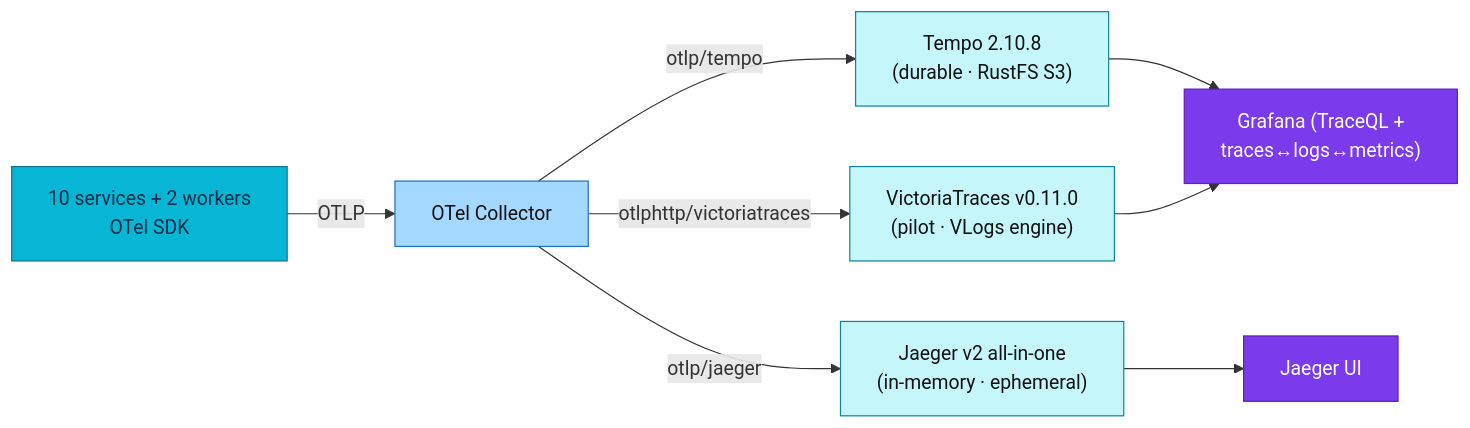
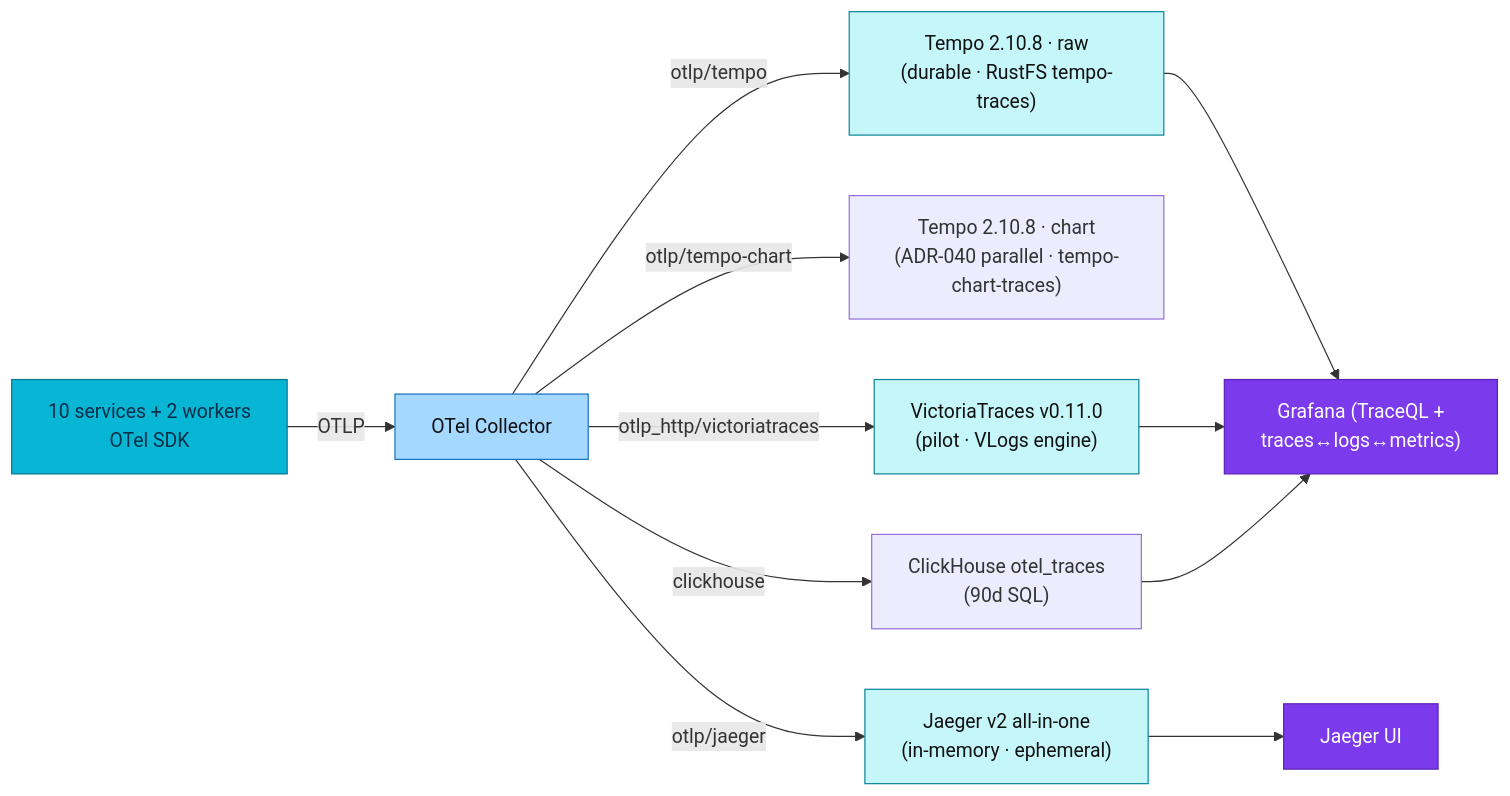
Before and after one commit to duynhlab/homelab: the diagram in docs/observability/tracing/backends-comparison.md, drawn with Mermaid. The commit also changed other lines of this file and 12 other files, not shown here.

````diff
--- a/docs/observability/tracing/backends-comparison.md
+++ b/docs/observability/tracing/backends-comparison.md
@@ -17,18 +21,21 @@
 ```mermaid
 flowchart LR
   Apps["10 services + 2 workers<br/>OTel SDK"] -->|OTLP| OC["OTel Collector"]
-  OC -->|otlp/tempo| T["Tempo 2.10.8<br/>(durable · RustFS S3)"]
+  OC -->|otlp/tempo| T["Tempo 2.10.8 · raw<br/>(durable · RustFS tempo-traces)"]
+  OC -->|otlp/tempo-chart| TC["Tempo 2.10.8 · chart<br/>(ADR-040 parallel · tempo-chart-traces)"]
   OC -->|otlp/jaeger| J["Jaeger v2 all-in-one<br/>(in-memory · ephemeral)"]
-  OC -->|otlphttp/victoriatraces| V["VictoriaTraces v0.11.0<br/>(pilot · VLogs engine)"]
+  OC -->|otlp_http/victoriatraces| V["VictoriaTraces v0.11.0<br/>(pilot · VLogs engine)"]
+  OC -->|clickhouse| CH["ClickHouse otel_traces<br/>(90d SQL)"]
   T --> G["Grafana (TraceQL +<br/>traces↔logs↔metrics)"]
   J --> JU["Jaeger UI"]
   V --> G
+  CH --> G
   classDef service fill:#06b6d4,color:#082f49,stroke:#0e7490;
   classDef trace fill:#c5f6fa,color:#111,stroke:#0c8599;
   classDef collector fill:#a5d8ff,color:#111,stroke:#1971c2;
   classDef platform fill:#7c3aed,color:#fff,stroke:#5b21b6;
   class Apps service;
   class OC collector;
   class T,J,V trace;
   class G,JU platform;
 ```
````
